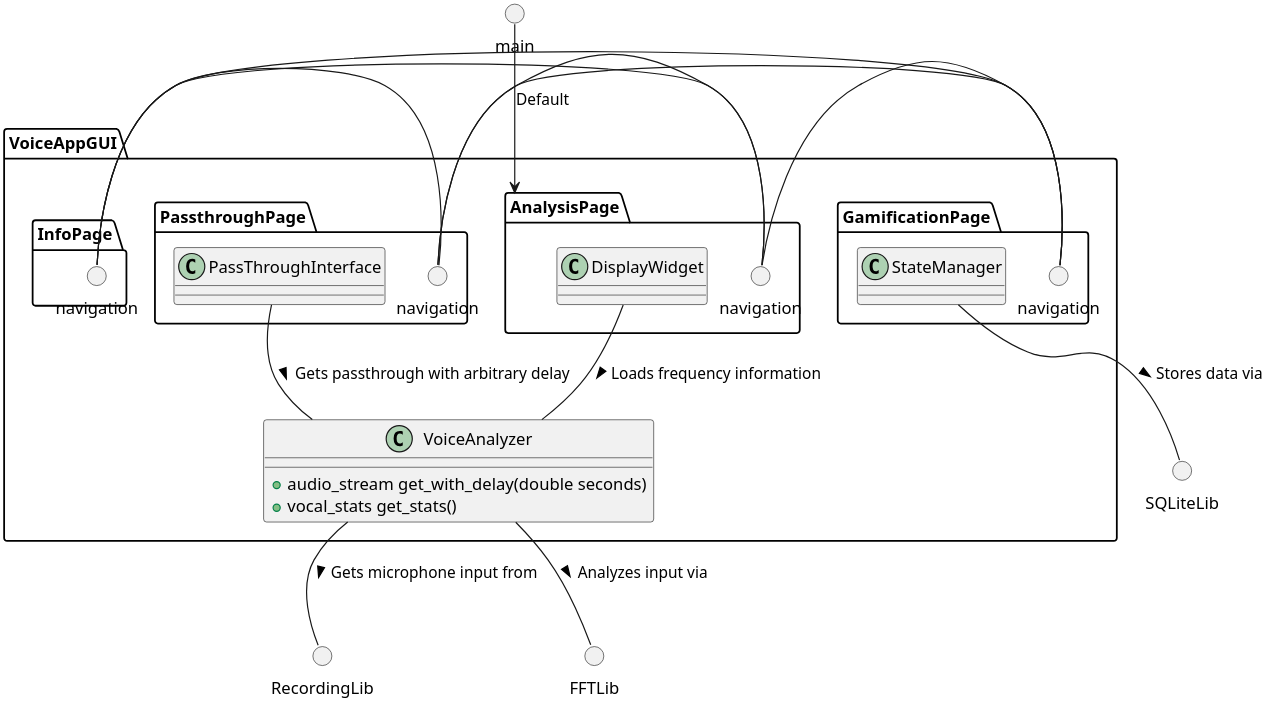
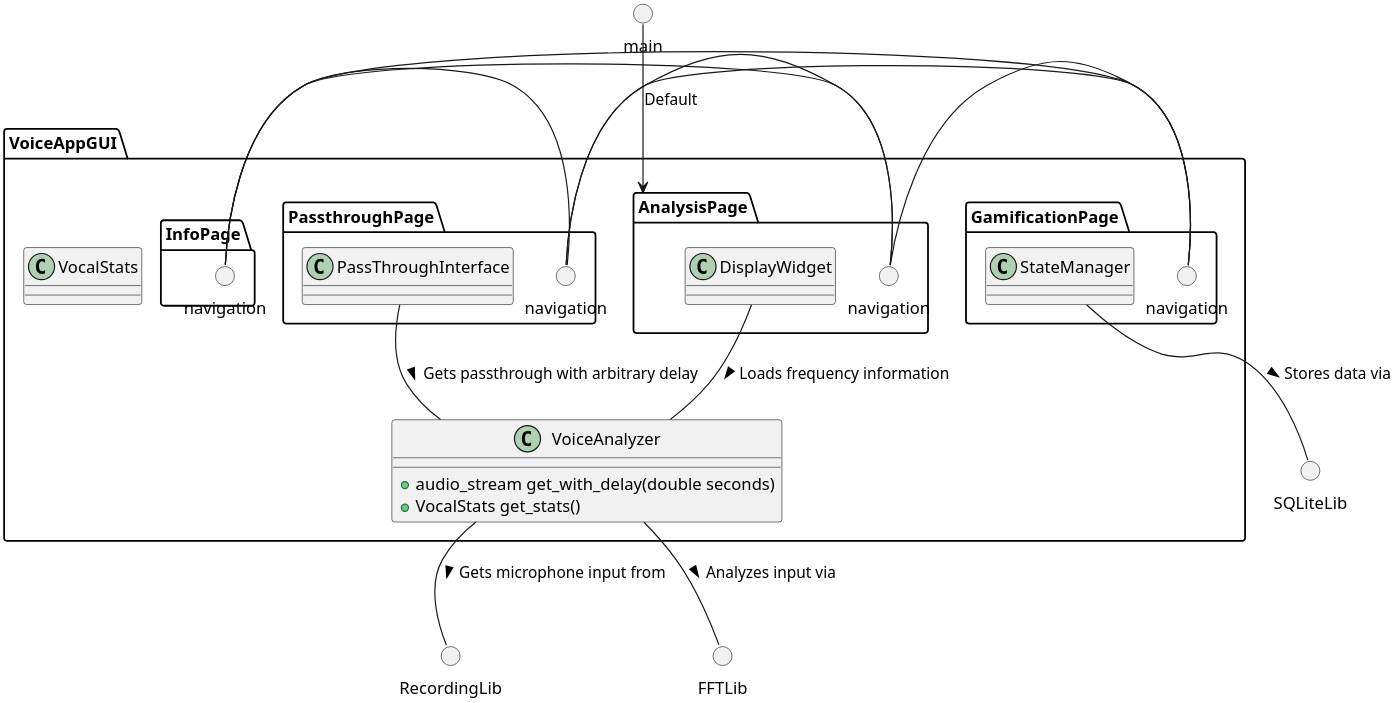
One commit to jorbDehmel/voice-training-app changed the diagram in docs/organization.plantuml. Above: the diagram before and after it, drawn with PlantUML. The commit also changed 6 other files, not shown here.

```diff
--- a/docs/organization.plantuml
+++ b/docs/organization.plantuml
@@ -1,51 +1,53 @@
 @startuml organization
 skinparam dpi 300
 
 () RecordingLib
 () FFTLib
 () SQLiteLib
 
 package VoiceAppGUI {
+    class VocalStats {}
+
     class VoiceAnalyzer {
         + audio_stream get_with_delay(double seconds)
-        + vocal_stats get_stats()
+        + VocalStats get_stats()
     }
 
     package AnalysisPage {
         class DisplayWidget {}
         () "navigation" as nav1
     }
 
     package PassthroughPage {
         class PassThroughInterface {}
         () "navigation" as nav2
     }
 
     package GamificationPage {
         class StateManager {}
         () "navigation" as nav3
     }
 
     package InfoPage {
         () "navigation" as nav4
     }
 
     nav1 - nav2
     nav1 - nav3
     nav1 - nav4
     nav2 - nav3
     nav2 - nav4
     nav3 - nav4
 
     DisplayWidget -- VoiceAnalyzer : Loads frequency information >
     PassThroughInterface -- VoiceAnalyzer : Gets passthrough with arbitrary delay >
 }
 
 VoiceAnalyzer -- RecordingLib : Gets microphone input from >
 VoiceAnalyzer -- FFTLib : Analyzes input via >
 StateManager -- SQLiteLib : Stores data via >
 
 () main
 main --> AnalysisPage : Default
 
 @enduml
```
